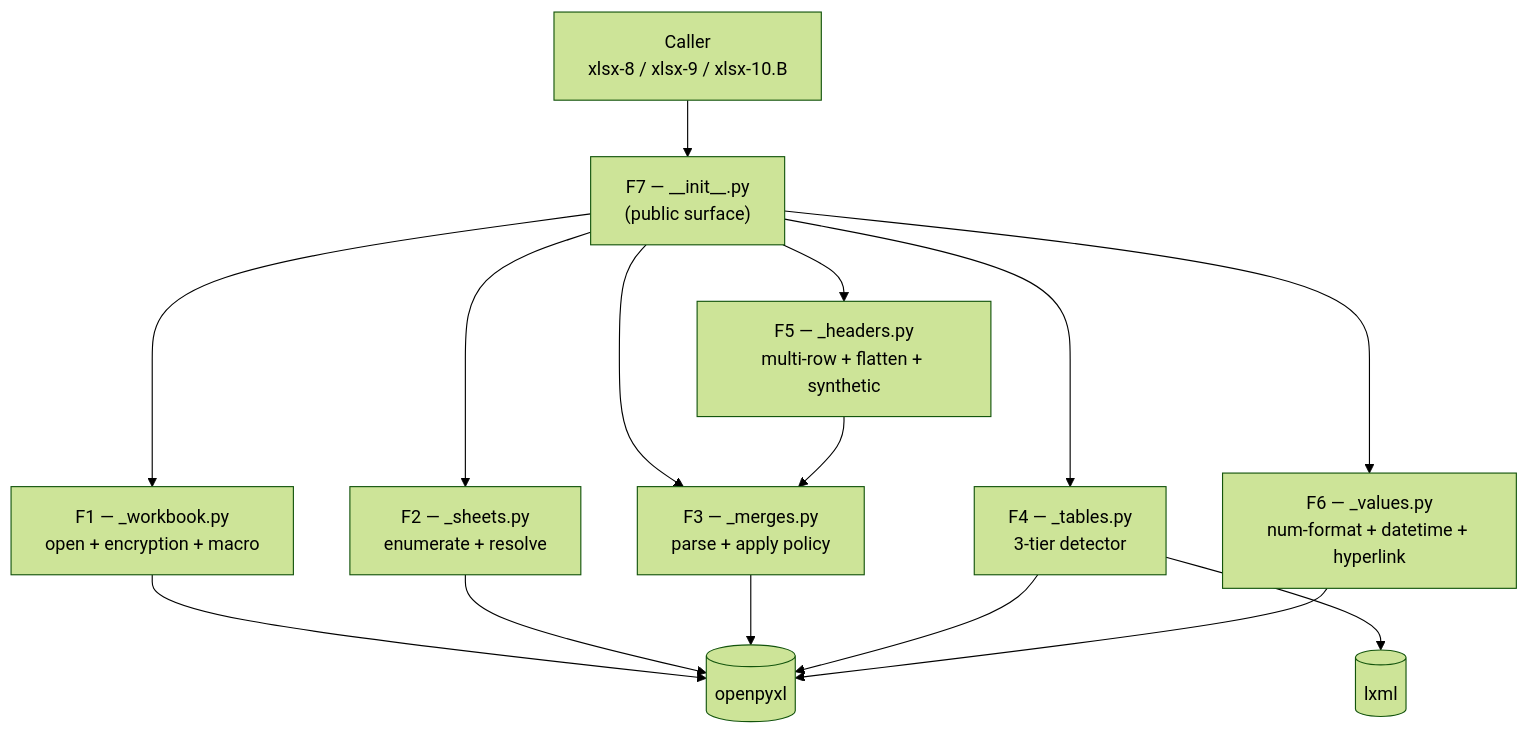
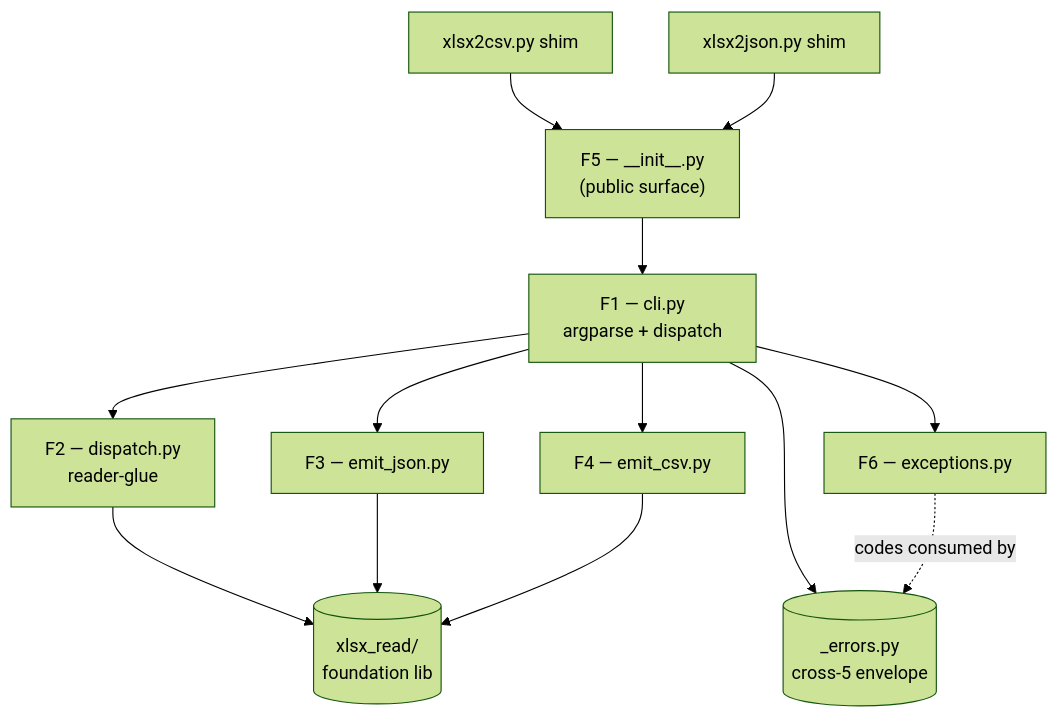
One commit to MatrixFounder/Universal-skills changed the first of 3 diagrams in docs/ARCHITECTURE.md. Above: the diagram before and after it, drawn with Mermaid (forest theme). The commit also changed other lines of this file and 16 other files, not shown here.

````diff
--- a/docs/ARCHITECTURE.md
+++ b/docs/ARCHITECTURE.md
@@ -293,29 +257,26 @@
 ```mermaid
 flowchart TB
-    Caller[Caller<br/>xlsx-8 / xlsx-9 / xlsx-10.B]
-    API["F7 — __init__.py<br/>(public surface)"]
-    F1["F1 — _workbook.py<br/>open + encryption + macro"]
-    F2["F2 — _sheets.py<br/>enumerate + resolve"]
-    F3["F3 — _merges.py<br/>parse + apply policy"]
-    F4["F4 — _tables.py<br/>3-tier detector"]
-    F5["F5 — _headers.py<br/>multi-row + flatten + synthetic"]
-    F6["F6 — _values.py<br/>num-format + datetime + hyperlink"]
-    OPX[(openpyxl)]
-    LXML[(lxml)]
+    SHIM_CSV[xlsx2csv.py shim]
+    SHIM_JSON[xlsx2json.py shim]
+    API["F5 — __init__.py<br/>(public surface)"]
+    F1["F1 — cli.py<br/>argparse + dispatch"]
+    F2["F2 — dispatch.py<br/>reader-glue"]
+    F3["F3 — emit_json.py"]
+    F4["F4 — emit_csv.py"]
+    F6["F6 — exceptions.py"]
+    XR[(xlsx_read/<br/>foundation lib)]
+    ERR[(_errors.py<br/>cross-5 envelope)]
 
-    Caller --> API
+    SHIM_CSV --> API
+    SHIM_JSON --> API
     API --> F1
-    API --> F2
-    API --> F3
-    API --> F4
-    API --> F5
-    API --> F6
-
-    F1 --> OPX
-    F2 --> OPX
-    F3 --> OPX
-    F4 --> OPX
-    F4 --> LXML
-    F5 --> F3
-    F6 --> OPX
+    F1 --> F2
+    F1 --> F3
+    F1 --> F4
+    F1 --> F6
+    F2 --> XR
+    F3 --> XR
+    F4 --> XR
+    F1 --> ERR
+    F6 -.codes consumed by.-> ERR
 ```
````
